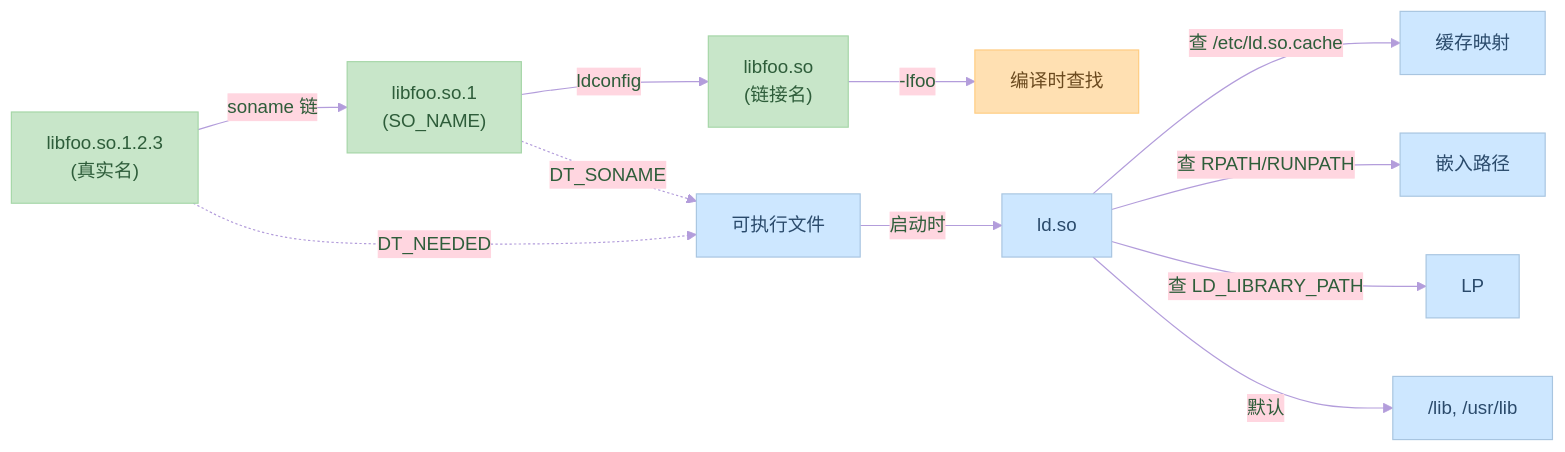
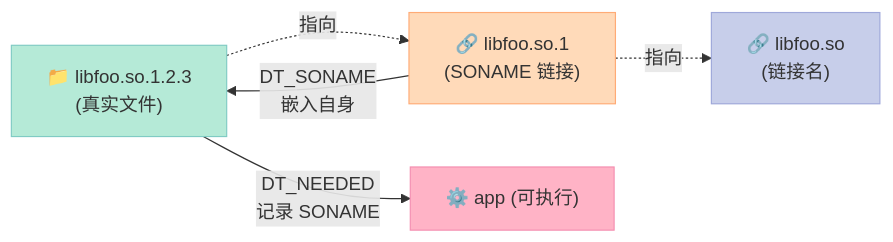
One commit to xuqi2024/xuqi2024.github.io changed the fourth of 7 diagrams in source/_posts/08-Linux共享库的组织.md. Above: the diagram before and after it, drawn with Mermaid. The commit also changed other lines of this file and 12 other files, not shown here.

````diff
--- a/source/_posts/08-Linux共享库的组织.md
+++ b/source/_posts/08-Linux共享库的组织.md
@@ -382,23 +338,18 @@
 ```mermaid
-%%{init: {'theme':'base', 'themeVariables': {'primaryColor':'#C8E6C9','primaryTextColor':'#2E5D3A','primaryBorderColor':'#A5D6A7','lineColor':'#B39DDB','secondaryColor':'#FFD6E0','tertiaryColor':'#CDE7FF'}}}%%
-flowchart LR
-    REAL["libfoo.so.1.2.3<br/>(真实名)"] -->|soname 链| SO["libfoo.so.1<br/>(SO_NAME)"]
-    SO -->|ldconfig| LINK["libfoo.so<br/>(链接名)"]
-    LINK -->|-lfoo| CC["编译时查找"]
+graph LR
+    REAL["📁 libfoo.so.1.2.3<br/>(真实文件)"]
+    SONAME["🔗 libfoo.so.1<br/>(SONAME 链接)"]
+    LINKNAME["🔗 libfoo.so<br/>(链接名)"]
+    PROG["⚙️ app (可执行)"]
 
-    REAL -.DT_NEEDED.-> PROG["可执行文件"]
-    SO -.DT_SONAME.-> PROG
+    REAL -.->|"指向"| SONAME
+    SONAME -.->|"指向"| LINKNAME
 
-    PROG -->|启动时| LDSO["ld.so"]
-    LDSO -->|查 /etc/ld.so.cache| CACHE["缓存映射"]
-    LDSO -->|查 RPATH/RUNPATH| RPATH["嵌入路径"]
-    LDSO -->|查 LD_LIBRARY_PATH| LP
-    LDSO -->|默认| SYS["/lib, /usr/lib"]
+    REAL -->|DT_NEEDED<br/>记录 SONAME| PROG
+    SONAME -->|DT_SONAME<br/>嵌入自身| REAL
 
-    classDef real fill:#C8E6C9,stroke:#A5D6A7,color:#2E5D3A
-    classDef prog fill:#FFE0B2,stroke:#FFCC80,color:#6B4A1F
-    classDef search fill:#CDE7FF,stroke:#A8C5E0,color:#2A4A6B
-    class REAL,SO,LINK real
-    class PROG,LDSO,CACHE,RPATH,LP,SYS search
-    class CC prog
+    style REAL fill:#B5EAD7,stroke:#80CBC4,color:#333
+    style SONAME fill:#FFDAB9,stroke:#FFAB76,color:#333
+    style LINKNAME fill:#C7CEEA,stroke:#9FA8DA,color:#333
+    style PROG fill:#FFB3C6,stroke:#F48FB1,color:#333
 ```
````
